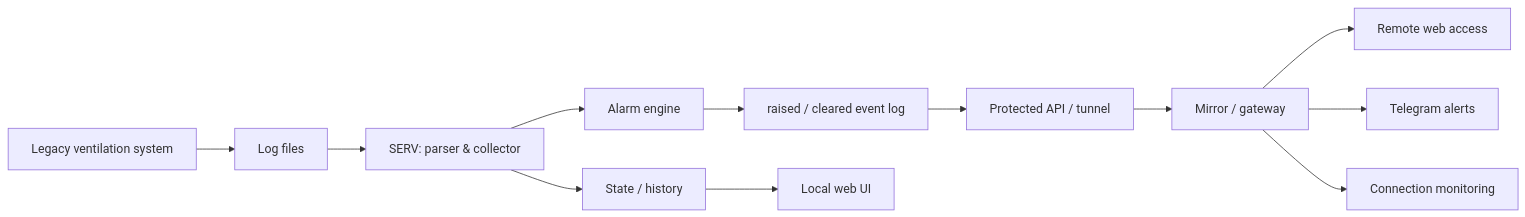
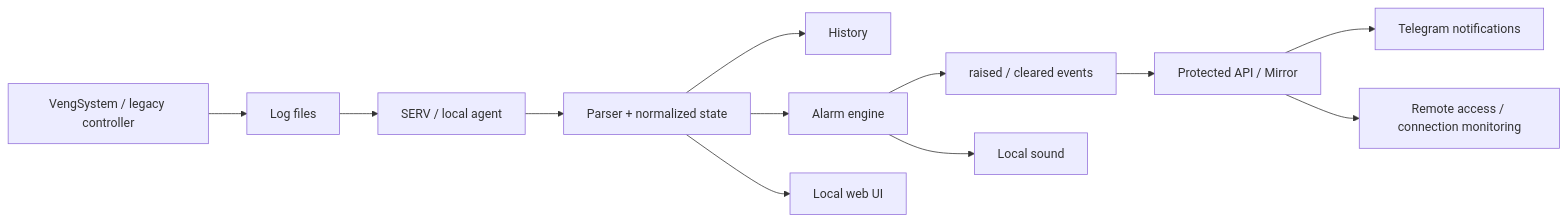
Before and after one commit to kat151599/Industrial_Ventilation_Monitoring_Alerting_System: the diagram in README.en.md, drawn with Mermaid. The commit also changed other lines of this file and 4 other files, not shown here.

````diff
--- a/README.en.md
+++ b/README.en.md
@@ -34,14 +69,14 @@
 ```mermaid
 flowchart LR
-    A[Legacy ventilation system] --> B[Log files]
-    B --> C[SERV: parser & collector]
-    C --> D[State / history]
-    C --> E[Alarm engine]
-    E --> F[raised / cleared event log]
-    D --> G[Local web UI]
-    F --> H[Protected API / tunnel]
-    H --> I[Mirror / gateway]
-    I --> J[Remote web access]
-    I --> K[Telegram alerts]
-    I --> L[Connection monitoring]
+    A[VengSystem / legacy controller] --> B[Log files]
+    B --> C[SERV / local agent]
+    C --> D[Parser + normalized state]
+    D --> E[History]
+    D --> F[Alarm engine]
+    F --> G[raised / cleared events]
+    D --> H[Local web UI]
+    F --> I[Local sound]
+    G --> J[Protected API / Mirror]
+    J --> K[Telegram notifications]
+    J --> L[Remote access / connection monitoring]
 ```
````
